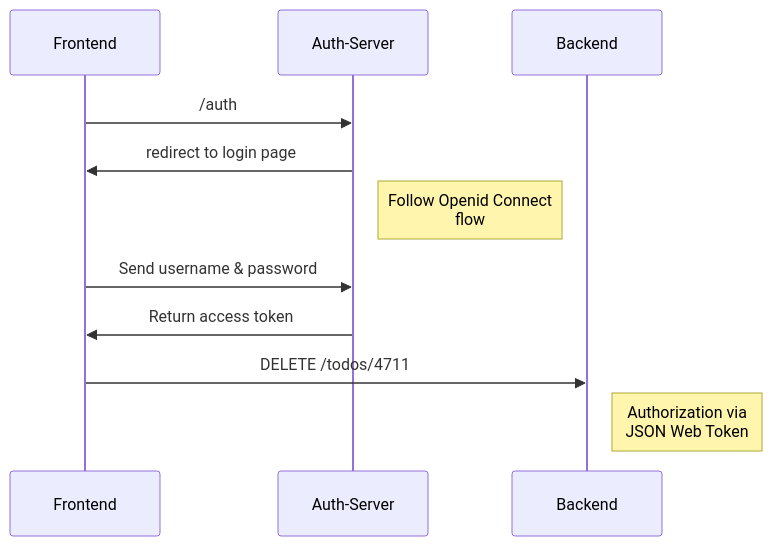
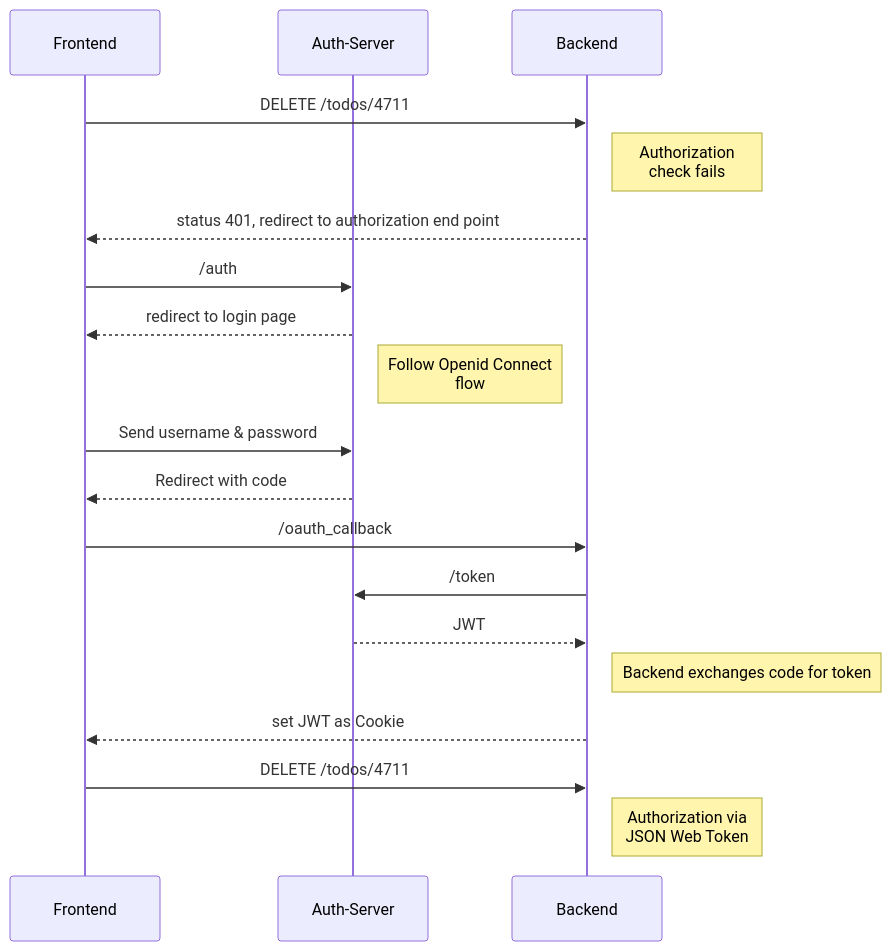
Before and after one commit to fhswf/webentwicklung-be-ex3: the diagram in backend/exercise4.md, drawn with Mermaid.

Commit message:
Update exercise4.md
Update flowchart

````diff
--- a/backend/exercise4.md
+++ b/backend/exercise4.md
@@ -13,14 +13,23 @@
 ```mermaid
 sequenceDiagram
     participant Frontend
     participant Auth-Server
     participant Backend
+    Frontend->>Backend: DELETE /todos/4711
+    Note right of Backend: Authorization<br>check fails
+    Backend-->>Frontend: status 401, redirect to authorization end point 
     Frontend->>Auth-Server: /auth
-    Auth-Server->>Frontend: redirect to login page
+    Auth-Server-->>Frontend: redirect to login page
     Note right of Auth-Server: Follow Openid Connect<br>flow
     Frontend->>Auth-Server: Send username & password
-    Auth-Server->>Frontend: Return access token
+    Auth-Server-->>Frontend: Redirect with code
+    Frontend->>Backend: /oauth_callback
 
+    Backend->>Auth-Server: /token
+    Auth-Server-->>Backend: JWT
+    Note right of Backend: Backend exchanges code for token
+
+    Backend-->>Frontend: set JWT as Cookie
     Frontend->>Backend: DELETE /todos/4711
     Note right of Backend: Authorization via <br>JSON Web Token
 ```
````
